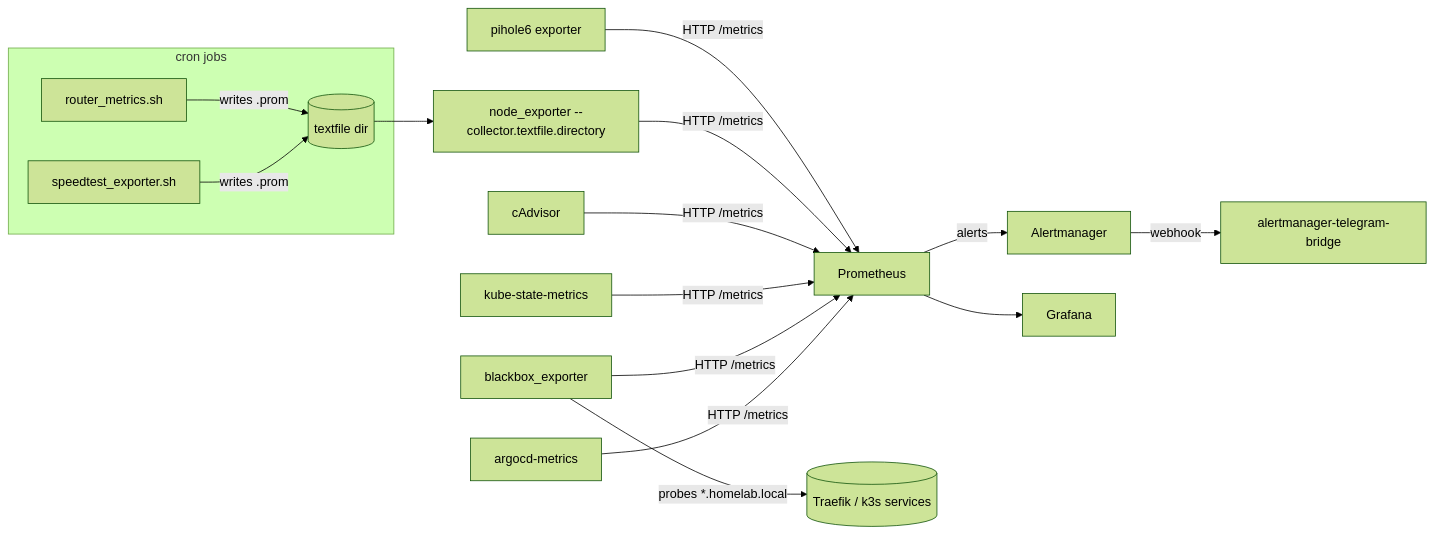
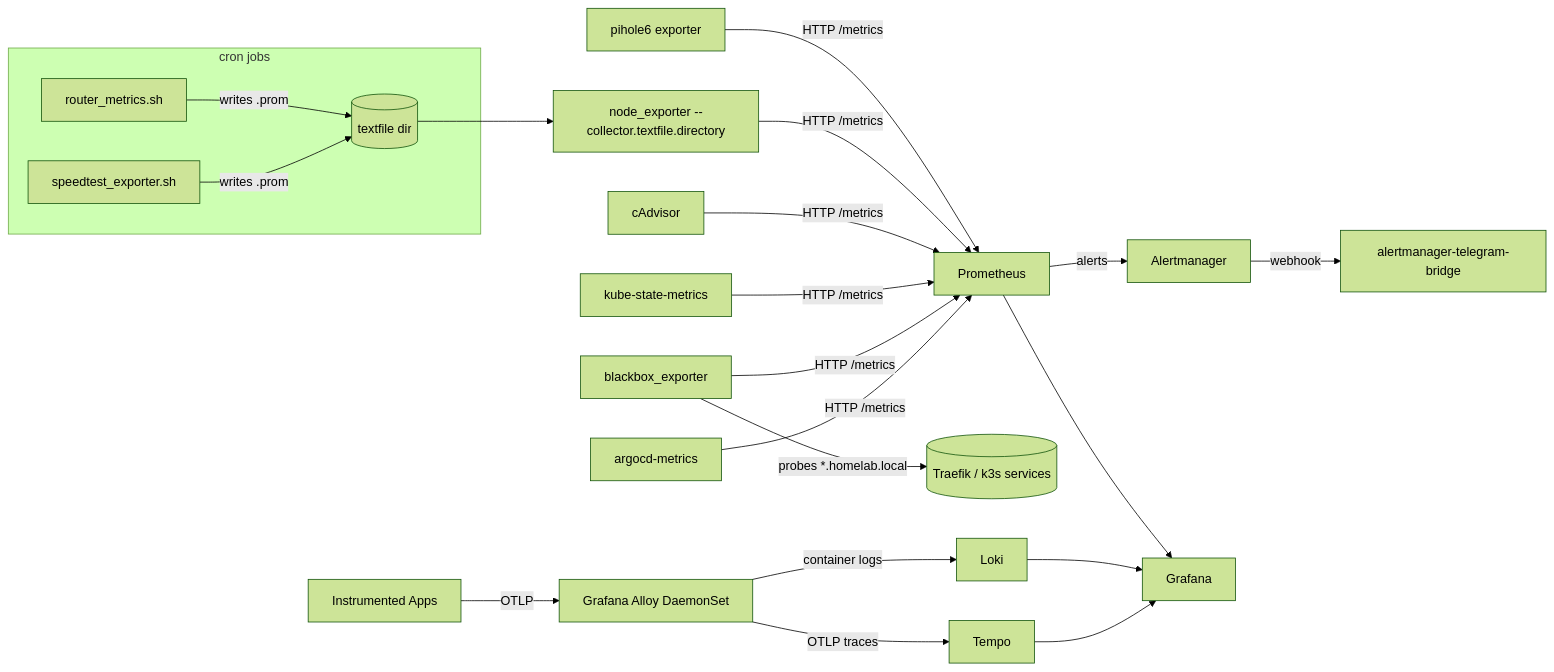
Before and after one commit to bibigon14/homelab-observability: the diagram in README.md, drawn with Mermaid (forest theme). The commit also changed other lines of this file, not shown here.

Commit message:
docs: add Tempo/LGTM stack, OpenTelemetry tracing, Chaos Monkey

````diff
--- a/README.md
+++ b/README.md
@@ -82,18 +80,23 @@
 ```mermaid
 flowchart LR
     subgraph cron jobs
         R[router_metrics.sh] -->|writes .prom| TF[(textfile dir)]
         S[speedtest_exporter.sh] -->|writes .prom| TF
     end
     TF --> NE[node_exporter --collector.textfile.directory]
     PH[pihole6 exporter] -->|HTTP /metrics| Prom[Prometheus]
     NE -->|HTTP /metrics| Prom
     CA[cAdvisor] -->|HTTP /metrics| Prom
     KSM[kube-state-metrics] -->|HTTP /metrics| Prom
     BB[blackbox_exporter] -->|probes *.homelab.local| Services[(Traefik / k3s services)]
     BB -->|HTTP /metrics| Prom
     AC[argocd-metrics] -->|HTTP /metrics| Prom
     Prom -->|alerts| AM[Alertmanager]
     AM -->|webhook| Bridge[alertmanager-telegram-bridge]
     Prom --> Graf[Grafana]
+    Alloy[Grafana Alloy DaemonSet] -->|container logs| Loki[Loki]
+    Alloy -->|OTLP traces| Tempo[Tempo]
+    Loki --> Graf
+    Tempo --> Graf
+    Apps[Instrumented Apps] -->|OTLP| Alloy
 ```
````
